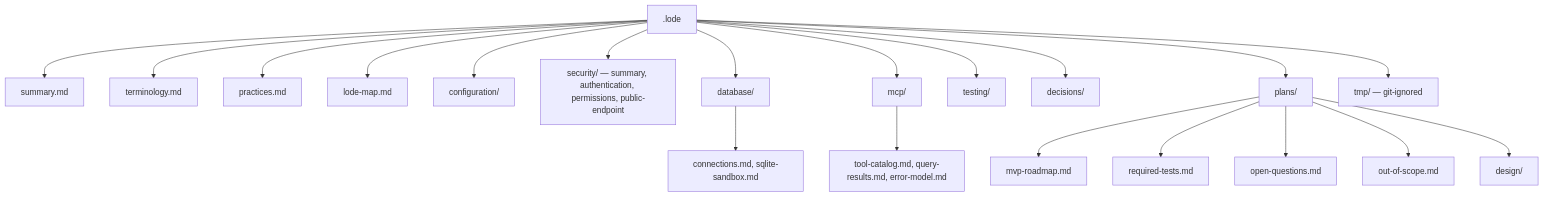
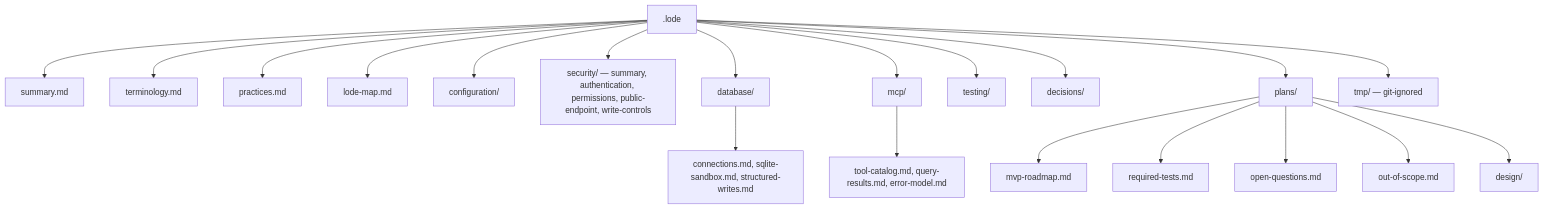
The diagram in .lode/lode-map.md (xakpc/sqlite-mcp-sidecar), drawn with Mermaid before and after one commit. The commit also changed other lines of this file and 28 other files, not shown here.

First line of the commit message:
feat(core): structured insert, the write path, budget and idempotency

````diff
--- a/.lode/lode-map.md
+++ b/.lode/lode-map.md
@@ -8,22 +8,22 @@
 ```mermaid
 flowchart TD
     root[.lode] --> s[summary.md]
     root --> t[terminology.md]
     root --> p[practices.md]
     root --> m[lode-map.md]
     root --> cfg[configuration/]
-    root --> sec[security/ — summary, authentication, permissions, public-endpoint]
+    root --> sec[security/ — summary, authentication, permissions, public-endpoint, write-controls]
     root --> dbd[database/]
     root --> mcpd[mcp/]
     root --> tst[testing/]
     root --> dec[decisions/]
     root --> plans[plans/]
     root --> tmp[tmp/ — git-ignored]
-    dbd --> dbs[connections.md, sqlite-sandbox.md]
+    dbd --> dbs[connections.md, sqlite-sandbox.md, structured-writes.md]
     mcpd --> mcps[tool-catalog.md, query-results.md, error-model.md]
     plans --> rm[mvp-roadmap.md]
     plans --> rt[required-tests.md]
     plans --> oq[open-questions.md]
     plans --> oos[out-of-scope.md]
     plans --> d[design/]
 ```
````
